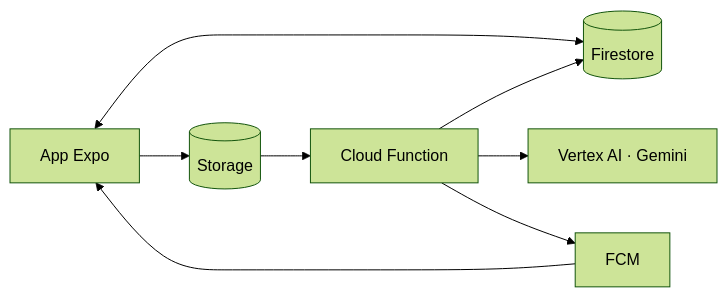
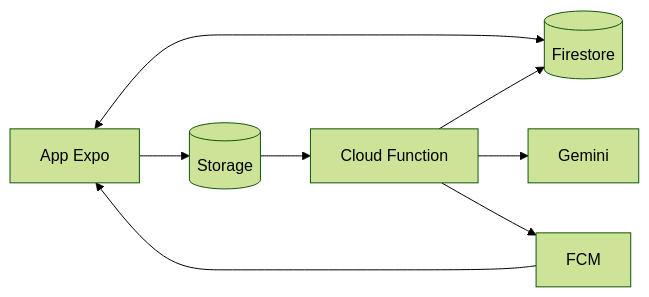
One commit to JulianCVM/ecoreporte changed the diagram in README.md. Above: the diagram before and after it, drawn with Mermaid (forest theme). The commit also changed other lines of this file and 11 other files, not shown here.

````diff
--- a/README.md
+++ b/README.md
@@ -18,9 +18,9 @@
 ```mermaid
 flowchart LR
   APP[App Expo] <--> FS[(Firestore)]
   APP --> ST[(Storage)]
   ST --> FN[Cloud Function]
-  FN --> VX[Vertex AI · Gemini]
+  FN --> VX[Gemini]
   FN --> FS
   FN --> FCM[FCM] --> APP
 ```
````
